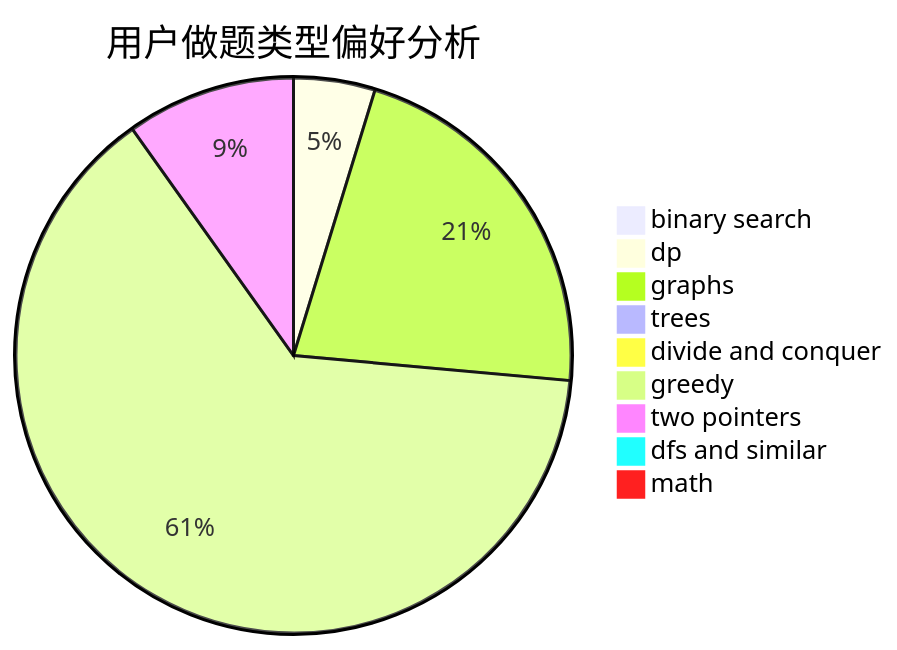
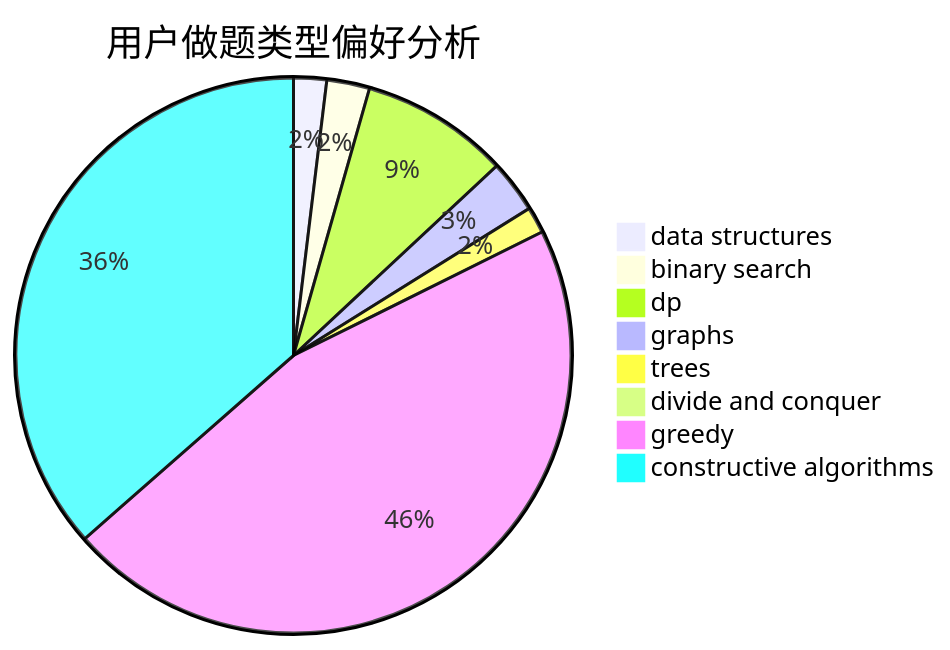
The second of 3 diagrams in docs/user/u1546.md (sherpahu/cfrs.github.io), drawn with Mermaid before and after one commit. The commit also changed other lines of this file and 2775 other files, not shown here.

````diff
--- a/docs/user/u1546.md
+++ b/docs/user/u1546.md
@@ -23,12 +23,11 @@
 ```mermaid
 pie title 用户做题类型偏好分析
-    "binary search" :  17
-    "dp" :  92
-    "graphs" :  421
-    "trees" :  18
+    "data structures" :  10
+    "binary search" :  13
+    "dp" :  45
+    "graphs" :  16
+    "trees" :  8
     "divide and conquer" :  0
-    "greedy" :  1236
-    "two pointers" :  191
-    "dfs and similar" :  20
-    "math" :  20
+    "greedy" :  239
+    "constructive algorithms" :  190
 ```
````
